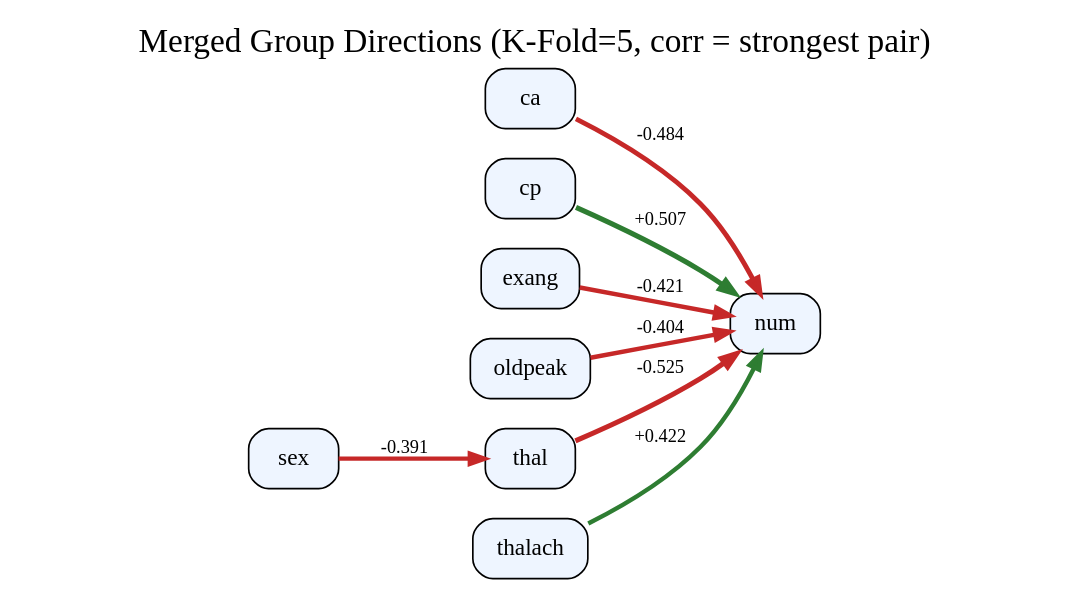
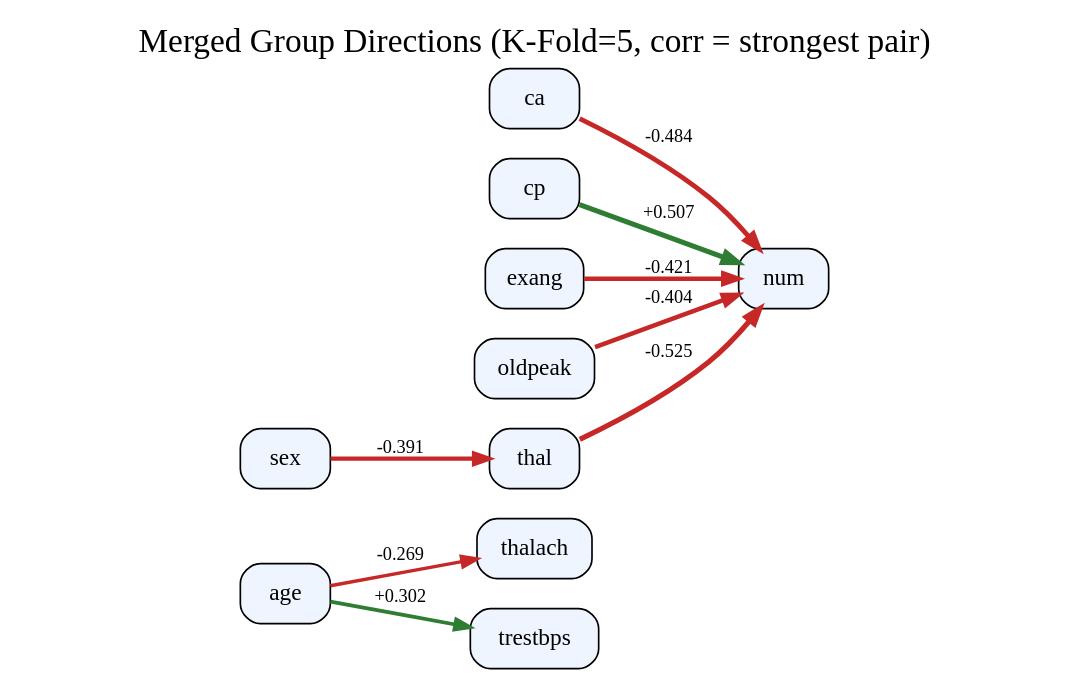
One commit to AKANEMO22/MedTCAX-Causal-Argumentative-Explainability changed the diagram in causal_argumentation-main/outputs_heart_disease/fci_experiment/merged_groups_fci_weighted.dot. Above: the diagram before and after it, drawn with Graphviz. The commit also changed 50 other files, not shown here.

```diff
--- a/causal_argumentation-main/outputs_heart_disease/fci_experiment/merged_groups_fci_weighted.dot
+++ b/causal_argumentation-main/outputs_heart_disease/fci_experiment/merged_groups_fci_weighted.dot
@@ -1,21 +1,24 @@
 digraph G {
 rankdir=LR;
 label="Merged Group Directions (K-Fold=5, corr = strongest pair)";
 labelloc=t;
 fontsize=20;
+age [shape=box, style="rounded,filled", fillcolor="#eef5ff"];
 ca [shape=box, style="rounded,filled", fillcolor="#eef5ff"];
 cp [shape=box, style="rounded,filled", fillcolor="#eef5ff"];
 exang [shape=box, style="rounded,filled", fillcolor="#eef5ff"];
 num [shape=box, style="rounded,filled", fillcolor="#eef5ff"];
 oldpeak [shape=box, style="rounded,filled", fillcolor="#eef5ff"];
 sex [shape=box, style="rounded,filled", fillcolor="#eef5ff"];
 thal [shape=box, style="rounded,filled", fillcolor="#eef5ff"];
 thalach [shape=box, style="rounded,filled", fillcolor="#eef5ff"];
+trestbps [shape=box, style="rounded,filled", fillcolor="#eef5ff"];
+thal -> num [arrowsize=0.9, label=" -0.525 ", fontsize=11, color="#c62828", penwidth=3.099887497407961];
+age -> trestbps [arrowsize=0.9, label=" +0.302 ", fontsize=11, color="#2e7d32", penwidth=2.2069895335503915];
+age -> thalach [arrowsize=0.9, label=" -0.269 ", fontsize=11, color="#c62828", penwidth=2.0741340208058996];
+ca -> num [arrowsize=0.9, label=" -0.484 ", fontsize=11, color="#c62828", penwidth=2.9341209987654198];
+cp -> num [arrowsize=0.9, label=" +0.507 ", fontsize=11, color="#2e7d32", penwidth=3.028139926672511];
 exang -> num [arrowsize=0.9, label=" -0.421 ", fontsize=11, color="#c62828", penwidth=2.685421961825812];
 sex -> thal [arrowsize=0.9, label=" -0.391 ", fontsize=11, color="#c62828", penwidth=2.56291842168593];
 oldpeak -> num [arrowsize=0.9, label=" -0.404 ", fontsize=11, color="#c62828", penwidth=2.6156442073879136];
-thal -> num [arrowsize=0.9, label=" -0.525 ", fontsize=11, color="#c62828", penwidth=3.099887497407961];
-thalach -> num [arrowsize=0.9, label=" +0.422 ", fontsize=11, color="#2e7d32", penwidth=2.6874541376058563];
-ca -> num [arrowsize=0.9, label=" -0.484 ", fontsize=11, color="#c62828", penwidth=2.9341209987654198];
-cp -> num [arrowsize=0.9, label=" +0.507 ", fontsize=11, color="#2e7d32", penwidth=3.028139926672511];
 }
```
